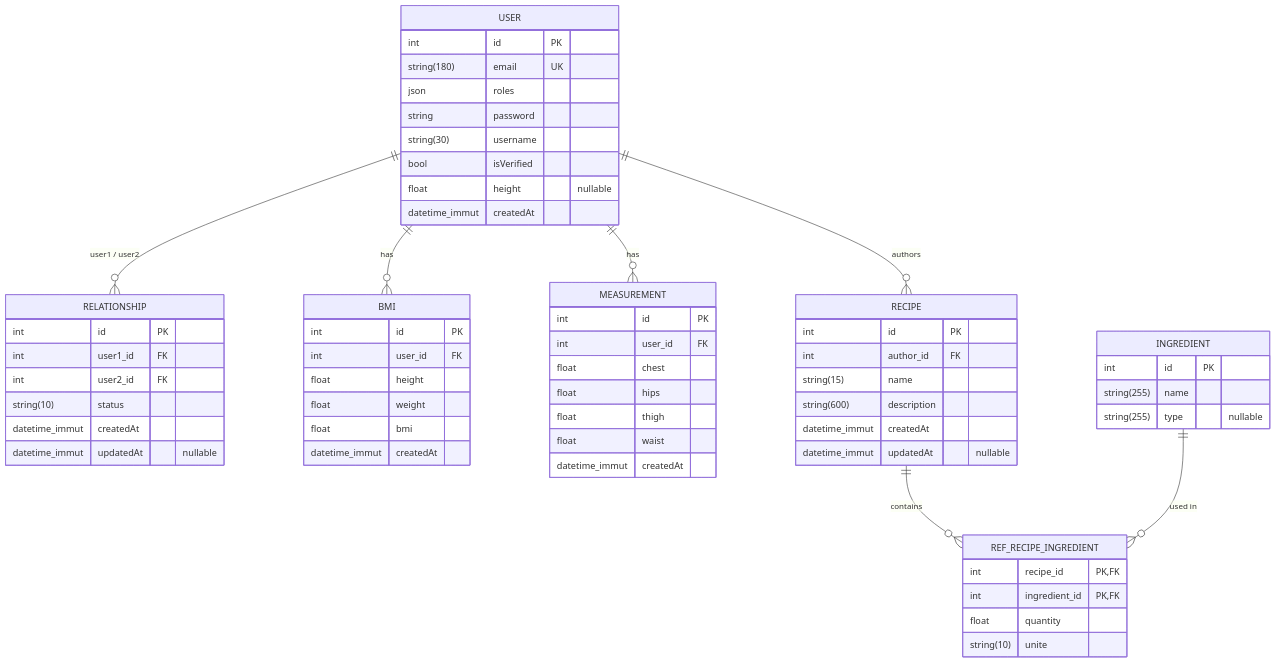
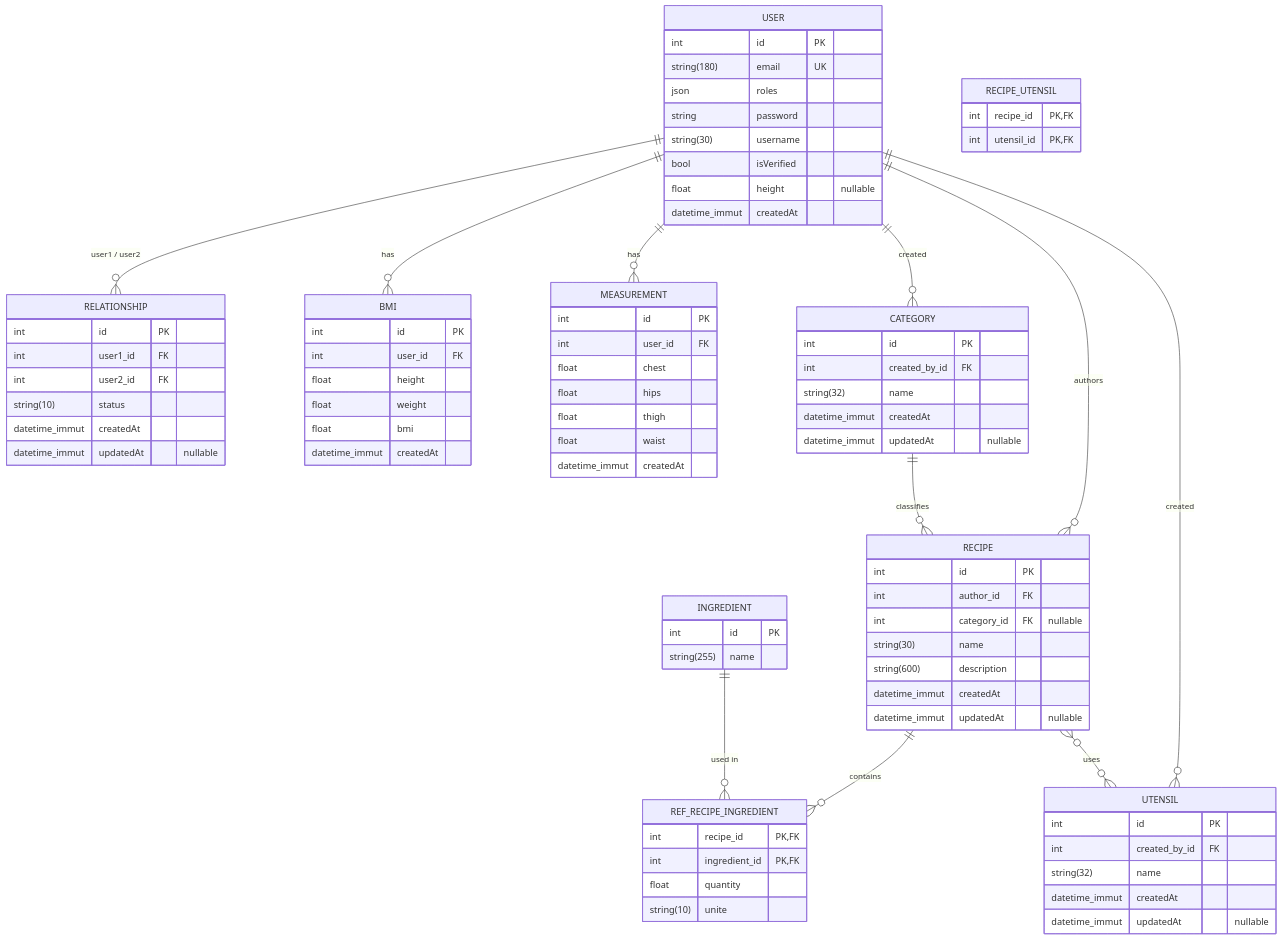
Before and after one commit to EECKHOUTRemi/MesApplisHF: the diagram in README.md, drawn with Mermaid. The commit also changed other lines of this file, not shown here.

````diff
--- a/README.md
+++ b/README.md
@@ -67,11 +90,15 @@
 ```mermaid
 erDiagram
-    USER ||--o{ RELATIONSHIP    : "user1 / user2"
-    USER ||--o{ BMI    : has
-    USER ||--o{ MEASUREMENT : has
-    USER ||--o{ RECIPE          : authors
+    USER ||--o{ RELATIONSHIP            : "user1 / user2"
+    USER ||--o{ BMI                     : has
+    USER ||--o{ MEASUREMENT             : has
+    USER ||--o{ RECIPE                  : authors
+    USER ||--o{ CATEGORY                : "created"
+    USER ||--o{ UTENSIL                 : "created"
+    CATEGORY ||--o{ RECIPE              : classifies
     RECIPE ||--o{ REF_RECIPE_INGREDIENT : contains
     INGREDIENT ||--o{ REF_RECIPE_INGREDIENT : "used in"
+    RECIPE }o--o{ UTENSIL               : "uses"
 
     USER {
         int             id PK
@@ -115,7 +142,8 @@
     RECIPE {
         int             id PK
         int             author_id FK
-        string(15)      name
+        int             category_id FK "nullable"
+        string(30)      name
         string(600)     description
         datetime_immut  createdAt
         datetime_immut  updatedAt "nullable"
@@ -124,7 +152,6 @@
     INGREDIENT {
         int             id PK
         string(255)     name
-        string(255)     type "nullable"
     }
 
     REF_RECIPE_INGREDIENT {
@@ -133,4 +160,25 @@
         float           quantity
         string(10)      unite
     }
+
+    CATEGORY {
+        int             id PK
+        int             created_by_id FK
+        string(32)      name
+        datetime_immut  createdAt
+        datetime_immut  updatedAt "nullable"
+    }
+
+    UTENSIL {
+        int             id PK
+        int             created_by_id FK
+        string(32)      name
+        datetime_immut  createdAt
+        datetime_immut  updatedAt "nullable"
+    }
+
+    RECIPE_UTENSIL {
+        int             recipe_id PK,FK
+        int             utensil_id PK,FK
+    }
 ```
````
